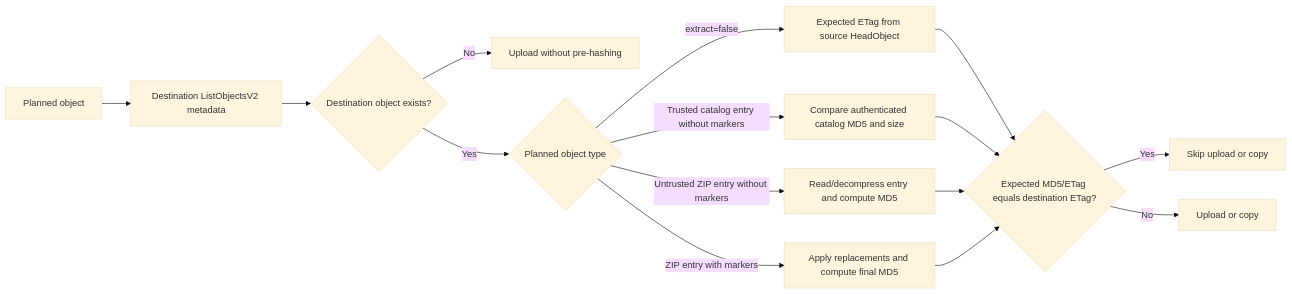
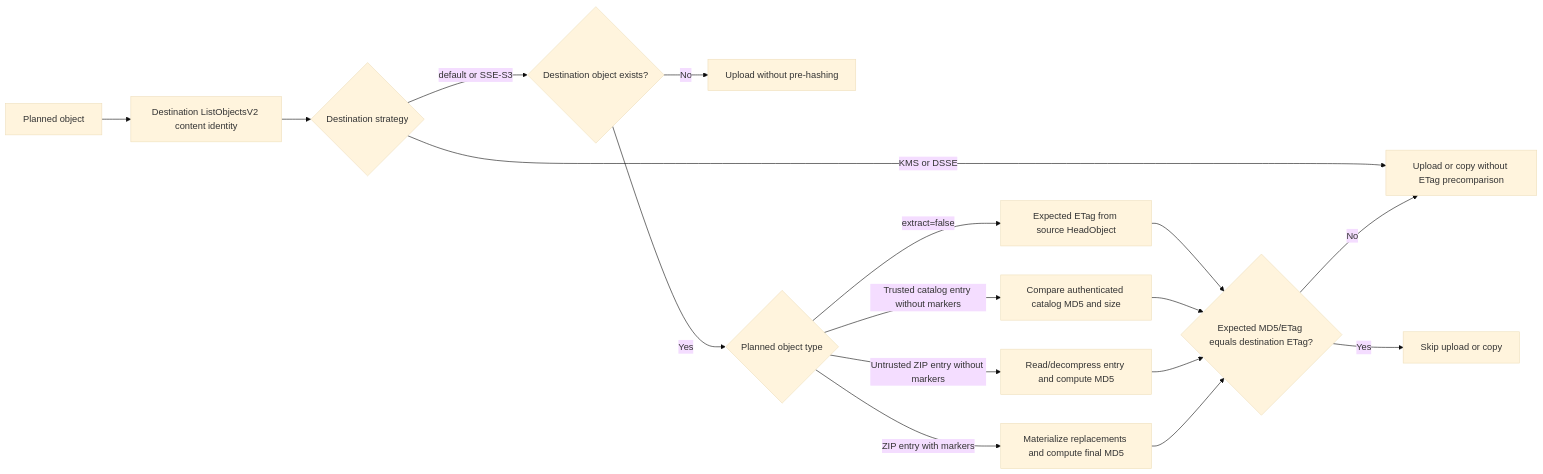
The second of 2 diagrams in docs/architecture.md (garysassano/shin-bucket-deployment), drawn with Mermaid (base theme) before and after one commit. The commit also changed other lines of this file and 39 other files, not shown here.

````diff
--- a/docs/architecture.md
+++ b/docs/architecture.md
@@ -378,17 +383,19 @@
 ```mermaid
 flowchart LR
-  A["Planned object"] --> B["Destination ListObjectsV2 metadata"]
-  B --> C{"Destination object exists?"}
-  C -->|No| D["Upload without pre-hashing"]
-  C -->|Yes| E{"Planned object type"}
-  E -->|"extract=false"| F["Expected ETag from source HeadObject"]
-  E -->|"Trusted catalog entry without markers"| G["Compare authenticated catalog MD5 and size"]
-  E -->|"Untrusted ZIP entry without markers"| L["Read/decompress entry and compute MD5"]
-  E -->|"ZIP entry with markers"| H["Apply replacements and compute final MD5"]
-  F --> I{"Expected MD5/ETag equals destination ETag?"}
-  G --> I
-  L --> I
-  H --> I
-  I -->|Yes| J["Skip upload or copy"]
-  I -->|No| K["Upload or copy"]
+  A["Planned object"] --> B["Destination ListObjectsV2 content identity"]
+  B --> C{"Destination strategy"}
+  C -->|"KMS or DSSE"| K["Upload or copy without ETag precomparison"]
+  C -->|"default or SSE-S3"| D{"Destination object exists?"}
+  D -->|No| E["Upload without pre-hashing"]
+  D -->|Yes| F{"Planned object type"}
+  F -->|"extract=false"| G["Expected ETag from source HeadObject"]
+  F -->|"Trusted catalog entry without markers"| H["Compare authenticated catalog MD5 and size"]
+  F -->|"Untrusted ZIP entry without markers"| I["Read/decompress entry and compute MD5"]
+  F -->|"ZIP entry with markers"| J["Materialize replacements and compute final MD5"]
+  G --> L{"Expected MD5/ETag equals destination ETag?"}
+  H --> L
+  I --> L
+  J --> L
+  L -->|Yes| M["Skip upload or copy"]
+  L -->|No| K
 ```
````
